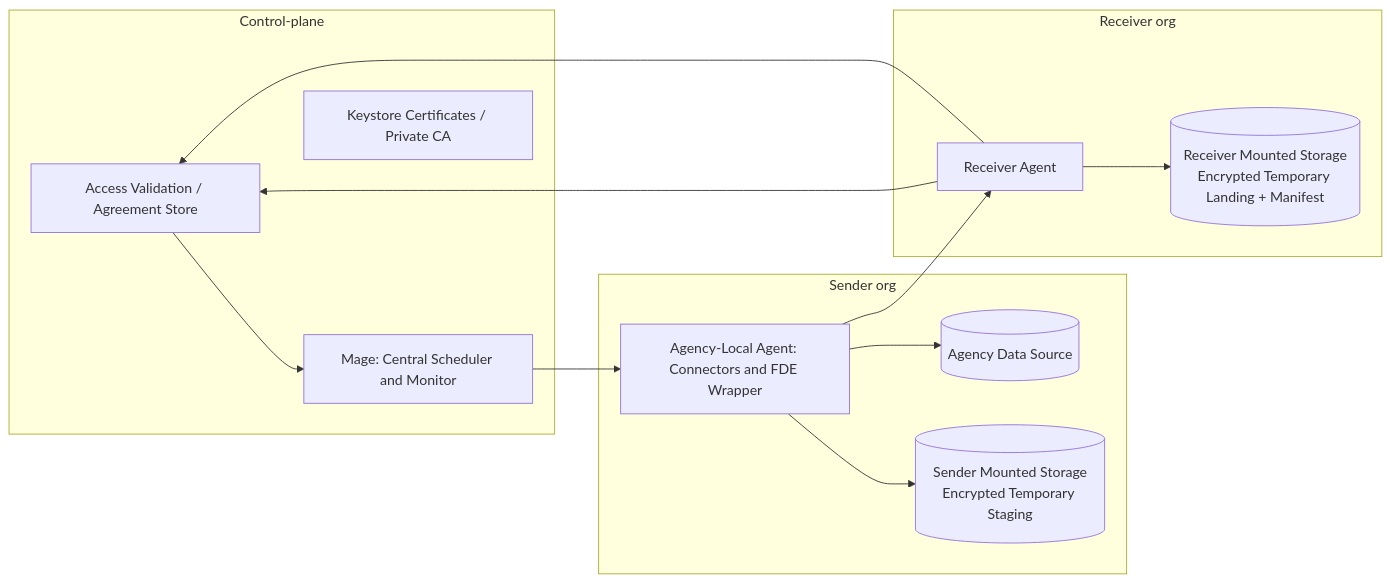
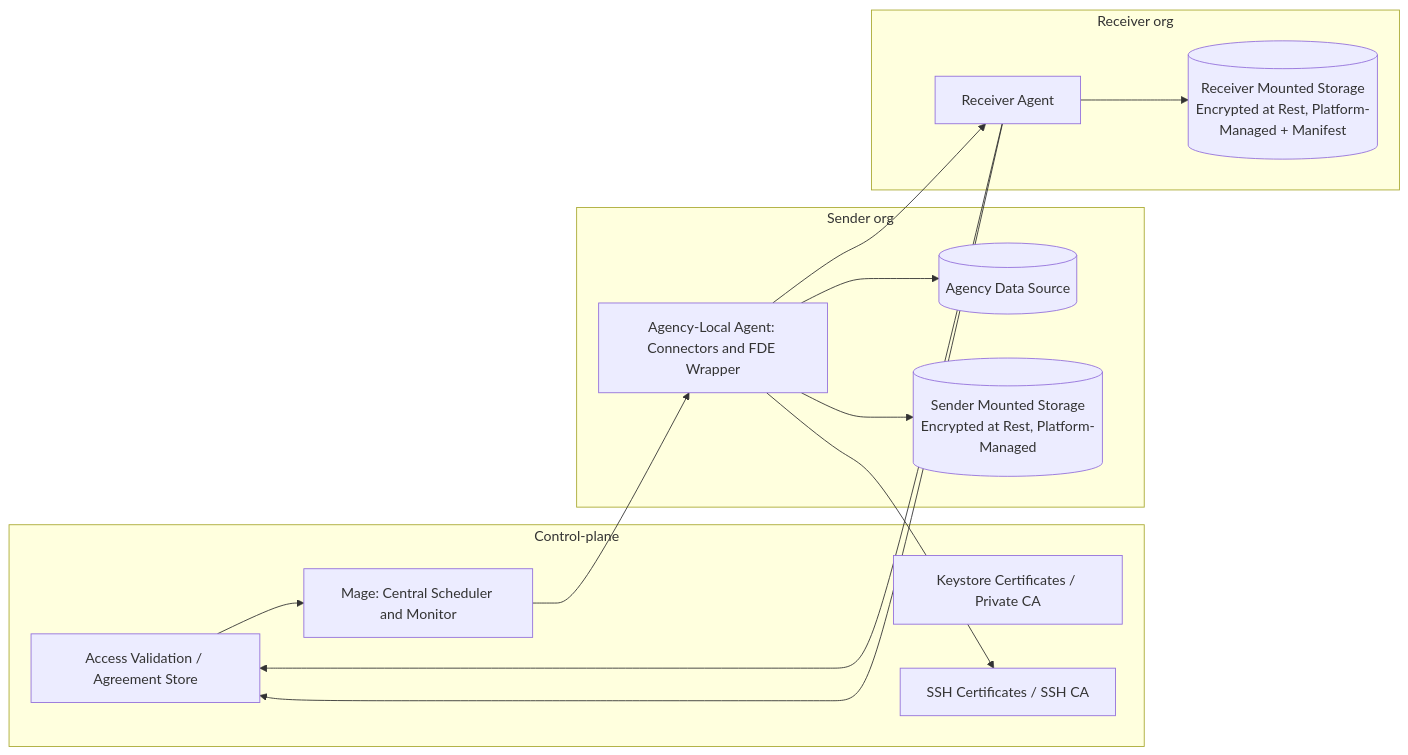
One commit to GSA-TTS/TTSE-Redwood changed the sixth of 8 diagrams in docs/adr/0001-fde-architecture-diagrams-v003.md. Above: the diagram before and after it, drawn with Mermaid. The commit also changed other lines of this file and 1 other file, not shown here.

First line of the commit message:
refactor: replace ephemeral key encryption with SSH CA certs and platform-managed encryption at rest

````diff
--- a/docs/adr/0001-fde-architecture-diagrams-v003.md
+++ b/docs/adr/0001-fde-architecture-diagrams-v003.md
@@ -200,28 +241,33 @@
 ```mermaid
 flowchart LR
-  subgraph ControlPlane[Control-plane]
-    AV[Access Validation / Agreement Store]
-    M["Mage: Central Scheduler and Monitor"]
-    CA[Keystore Certificates / Private CA]
-  end
+ subgraph ControlPlane[Control-plane]
+   AV[Access Validation / Agreement Store]
+   M["Mage: Central Scheduler and Monitor"]
+   CA[Keystore Certificates / Private CA]
+   SCA[SSH Certificates / SSH CA]
+ end
 
-  subgraph SenderOrg[Sender org]
-    A["Agency-Local Agent: Connectors and FDE Wrapper"]
-    SRC[(Agency Data Source)]
-    SMS[(Sender Mounted Storage<br/>Encrypted Temporary Staging)]
-  end
 
-  subgraph ReceiverOrg[Receiver org]
-    RMS[(Receiver Mounted Storage<br/>Encrypted Temporary Landing + Manifest)]
-    R[Receiver Agent]
-  end
+ subgraph SenderOrg[Sender org]
+   A["Agency-Local Agent: Connectors and FDE Wrapper"]
+   SRC[(Agency Data Source)]
+   SMS[(Sender Mounted Storage<br/>Encrypted at Rest, Platform-Managed)]
+ end
 
-  R --> AV
-  AV --> M
-  M --> A
-  A --> SRC
-  A --> SMS
-  A --> R
-  R --> AV
-  R --> RMS
+
+ subgraph ReceiverOrg[Receiver org]
+   RMS[(Receiver Mounted Storage<br/>Encrypted at Rest, Platform-Managed + Manifest)]
+   R[Receiver Agent]
+ end
+
+
+ R --> AV
+ AV --> M
+ M --> A
+ A --> SRC
+ A --> SMS
+ A --> SCA
+ A --> R
+ R --> AV
+ R --> RMS
 ```
````
